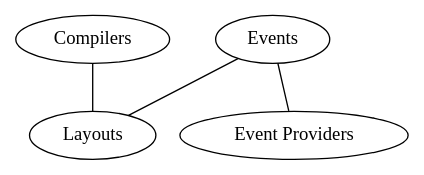
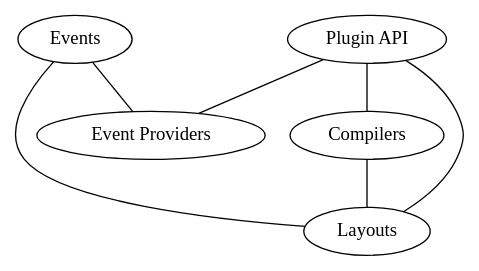
Before and after one commit to Mischback/django-calingen: the diagram in docs/source/includes/ingredients/ingredients.dot, drawn with Graphviz. The commit also changed 2 other files, not shown here.

Commit message:
Provide include for PluginAPI

```diff
--- a/docs/source/includes/ingredients/ingredients.dot
+++ b/docs/source/includes/ingredients/ingredients.dot
@@ -1,12 +1,16 @@
 graph ingredients {
 
   Compilers;
   Events;
   EventProviders [label="Event Providers"];
   Layouts;
+  PluginAPI [label="Plugin API"];
 
+  PluginAPI -- EventProviders;
+  PluginAPI -- Compilers;
+  PluginAPI -- Layouts;
   Events -- EventProviders;
   Events -- Layouts;
   Compilers -- Layouts;
 
 }
```
